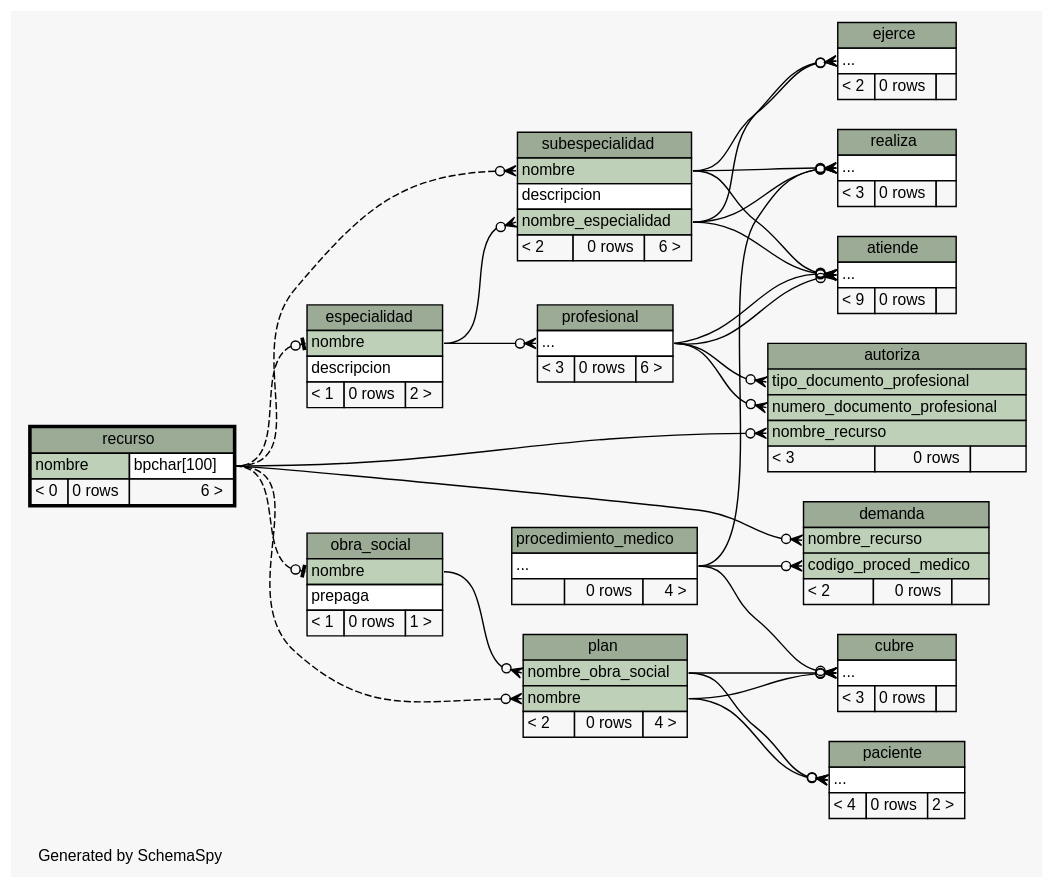
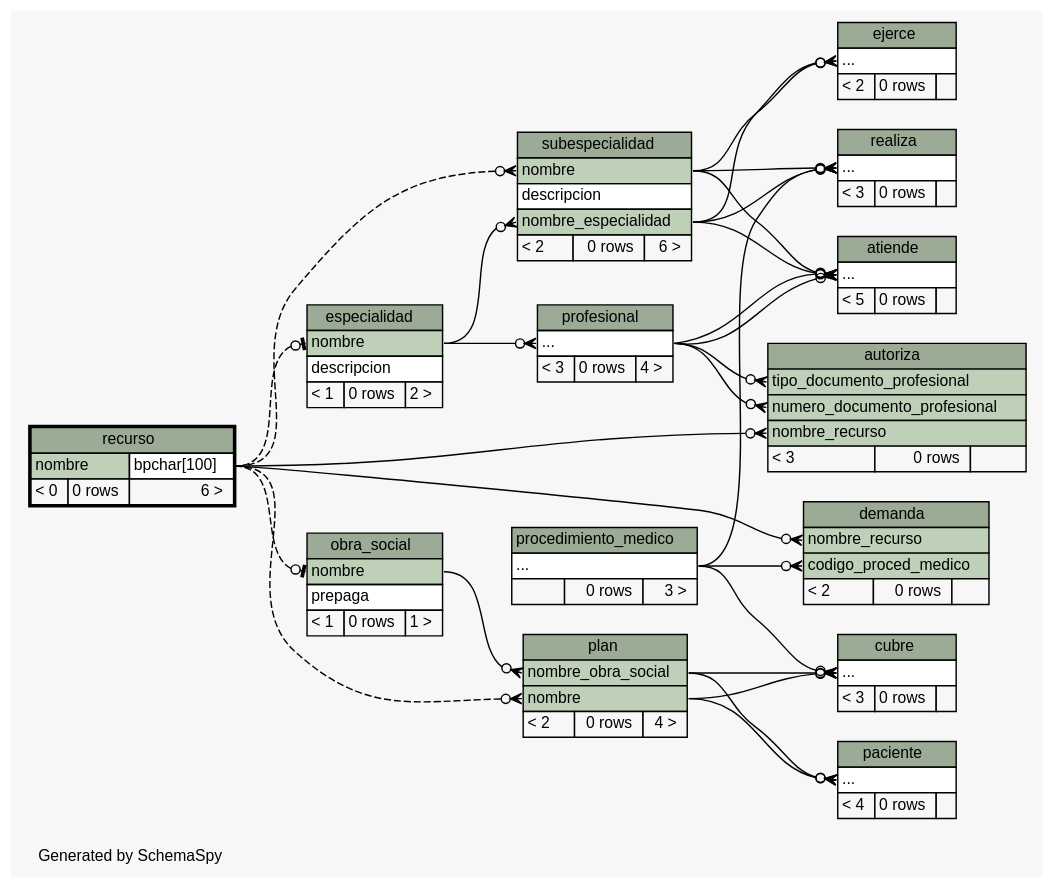
Before and after one commit to smpiano/bd-1cuat-2014-agenda-med: the diagram in tp1/build/schema/diagrams/recurso.implied2degrees.dot, drawn with Graphviz. The commit also changed 138 other files, not shown here.

```diff
--- a/tp1/build/schema/diagrams/recurso.implied2degrees.dot
+++ b/tp1/build/schema/diagrams/recurso.implied2degrees.dot
@@ -1,196 +1,196 @@
 // dot 2.26.3 on Linux 3.8.0-35-generic
 // SchemaSpy rev 590
 digraph "impliedTwoDegreesRelationshipsDiagram" {
   graph [
     rankdir="RL"
     bgcolor="#f7f7f7"
     label="\nGenerated by SchemaSpy"
     labeljust="l"
     nodesep="0.18"
     ranksep="0.46"
     fontname="Helvetica"
     fontsize="11"
   ];
   node [
     fontname="Helvetica"
     fontsize="11"
     shape="plaintext"
   ];
   edge [
     arrowsize="0.8"
   ];
   "atiende":"elipses":w -> "subespecialidad":"nombre_especialidad":e [arrowhead=none dir=back arrowtail=crowodot];
   "atiende":"elipses":w -> "subespecialidad":"nombre":e [arrowhead=none dir=back arrowtail=crowodot];
   "atiende":"elipses":w -> "profesional":"elipses":e [arrowhead=none dir=back arrowtail=crowodot];
   "atiende":"elipses":w -> "profesional":"elipses":e [arrowhead=none dir=back arrowtail=crowodot];
   "autoriza":"nombre_recurso":w -> "recurso":"nombre.type":e [arrowhead=none dir=back arrowtail=crowodot];
   "autoriza":"numero_documento_profesional":w -> "profesional":"elipses":e [arrowhead=none dir=back arrowtail=crowodot];
   "autoriza":"tipo_documento_profesional":w -> "profesional":"elipses":e [arrowhead=none dir=back arrowtail=crowodot];
   "cubre":"elipses":w -> "procedimiento_medico":"elipses":e [arrowhead=none dir=back arrowtail=crowodot];
   "cubre":"elipses":w -> "plan":"nombre":e [arrowhead=none dir=back arrowtail=crowodot];
   "cubre":"elipses":w -> "plan":"nombre_obra_social":e [arrowhead=none dir=back arrowtail=crowodot];
   "demanda":"codigo_proced_medico":w -> "procedimiento_medico":"elipses":e [arrowhead=none dir=back arrowtail=crowodot];
   "demanda":"nombre_recurso":w -> "recurso":"nombre.type":e [arrowhead=none dir=back arrowtail=crowodot];
   "ejerce":"elipses":w -> "subespecialidad":"nombre_especialidad":e [arrowhead=none dir=back arrowtail=crowodot];
   "ejerce":"elipses":w -> "subespecialidad":"nombre":e [arrowhead=none dir=back arrowtail=crowodot];
   "especialidad":"nombre":w -> "recurso":"nombre.type":e [arrowhead=none dir=back arrowtail=teeodot style=dashed];
   "obra_social":"nombre":w -> "recurso":"nombre.type":e [arrowhead=none dir=back arrowtail=teeodot style=dashed];
   "paciente":"elipses":w -> "plan":"nombre":e [arrowhead=none dir=back arrowtail=crowodot];
   "paciente":"elipses":w -> "plan":"nombre_obra_social":e [arrowhead=none dir=back arrowtail=crowodot];
   "plan":"nombre":w -> "recurso":"nombre.type":e [arrowhead=none dir=back arrowtail=crowodot style=dashed];
   "plan":"nombre_obra_social":w -> "obra_social":"nombre":e [arrowhead=none dir=back arrowtail=crowodot];
   "profesional":"elipses":w -> "especialidad":"nombre":e [arrowhead=none dir=back arrowtail=crowodot];
   "realiza":"elipses":w -> "procedimiento_medico":"elipses":e [arrowhead=none dir=back arrowtail=crowodot];
   "realiza":"elipses":w -> "subespecialidad":"nombre_especialidad":e [arrowhead=none dir=back arrowtail=crowodot];
   "realiza":"elipses":w -> "subespecialidad":"nombre":e [arrowhead=none dir=back arrowtail=crowodot];
   "subespecialidad":"nombre":w -> "recurso":"nombre.type":e [arrowhead=none dir=back arrowtail=crowodot style=dashed];
   "subespecialidad":"nombre_especialidad":w -> "especialidad":"nombre":e [arrowhead=none dir=back arrowtail=crowodot];
   "atiende" [
     label=<
     <TABLE BORDER="0" CELLBORDER="1" CELLSPACING="0" BGCOLOR="#ffffff">
       <TR><TD COLSPAN="3" BGCOLOR="#9bab96" ALIGN="CENTER">atiende</TD></TR>
       <TR><TD PORT="elipses" COLSPAN="3" ALIGN="LEFT">...</TD></TR>
-      <TR><TD ALIGN="LEFT" BGCOLOR="#f7f7f7">&lt; 9</TD><TD ALIGN="RIGHT" BGCOLOR="#f7f7f7">0 rows</TD><TD ALIGN="RIGHT" BGCOLOR="#f7f7f7">  </TD></TR>
+      <TR><TD ALIGN="LEFT" BGCOLOR="#f7f7f7">&lt; 5</TD><TD ALIGN="RIGHT" BGCOLOR="#f7f7f7">0 rows</TD><TD ALIGN="RIGHT" BGCOLOR="#f7f7f7">  </TD></TR>
     </TABLE>>
     URL="atiende.html"
     tooltip="atiende"
   ];
   "autoriza" [
     label=<
     <TABLE BORDER="0" CELLBORDER="1" CELLSPACING="0" BGCOLOR="#ffffff">
       <TR><TD COLSPAN="3" BGCOLOR="#9bab96" ALIGN="CENTER">autoriza</TD></TR>
       <TR><TD PORT="tipo_documento_profesional" COLSPAN="3" BGCOLOR="#bed1b8" ALIGN="LEFT">tipo_documento_profesional</TD></TR>
       <TR><TD PORT="numero_documento_profesional" COLSPAN="3" BGCOLOR="#bed1b8" ALIGN="LEFT">numero_documento_profesional</TD></TR>
       <TR><TD PORT="nombre_recurso" COLSPAN="3" BGCOLOR="#bed1b8" ALIGN="LEFT">nombre_recurso</TD></TR>
       <TR><TD ALIGN="LEFT" BGCOLOR="#f7f7f7">&lt; 3</TD><TD ALIGN="RIGHT" BGCOLOR="#f7f7f7">0 rows</TD><TD ALIGN="RIGHT" BGCOLOR="#f7f7f7">  </TD></TR>
     </TABLE>>
     URL="autoriza.html"
     tooltip="autoriza"
   ];
   "cubre" [
     label=<
     <TABLE BORDER="0" CELLBORDER="1" CELLSPACING="0" BGCOLOR="#ffffff">
       <TR><TD COLSPAN="3" BGCOLOR="#9bab96" ALIGN="CENTER">cubre</TD></TR>
       <TR><TD PORT="elipses" COLSPAN="3" ALIGN="LEFT">...</TD></TR>
       <TR><TD ALIGN="LEFT" BGCOLOR="#f7f7f7">&lt; 3</TD><TD ALIGN="RIGHT" BGCOLOR="#f7f7f7">0 rows</TD><TD ALIGN="RIGHT" BGCOLOR="#f7f7f7">  </TD></TR>
     </TABLE>>
     URL="cubre.html"
     tooltip="cubre"
   ];
   "demanda" [
     label=<
     <TABLE BORDER="0" CELLBORDER="1" CELLSPACING="0" BGCOLOR="#ffffff">
       <TR><TD COLSPAN="3" BGCOLOR="#9bab96" ALIGN="CENTER">demanda</TD></TR>
       <TR><TD PORT="nombre_recurso" COLSPAN="3" BGCOLOR="#bed1b8" ALIGN="LEFT">nombre_recurso</TD></TR>
       <TR><TD PORT="codigo_proced_medico" COLSPAN="3" BGCOLOR="#bed1b8" ALIGN="LEFT">codigo_proced_medico</TD></TR>
       <TR><TD ALIGN="LEFT" BGCOLOR="#f7f7f7">&lt; 2</TD><TD ALIGN="RIGHT" BGCOLOR="#f7f7f7">0 rows</TD><TD ALIGN="RIGHT" BGCOLOR="#f7f7f7">  </TD></TR>
     </TABLE>>
     URL="demanda.html"
     tooltip="demanda"
   ];
   "ejerce" [
     label=<
     <TABLE BORDER="0" CELLBORDER="1" CELLSPACING="0" BGCOLOR="#ffffff">
       <TR><TD COLSPAN="3" BGCOLOR="#9bab96" ALIGN="CENTER">ejerce</TD></TR>
       <TR><TD PORT="elipses" COLSPAN="3" ALIGN="LEFT">...</TD></TR>
       <TR><TD ALIGN="LEFT" BGCOLOR="#f7f7f7">&lt; 2</TD><TD ALIGN="RIGHT" BGCOLOR="#f7f7f7">0 rows</TD><TD ALIGN="RIGHT" BGCOLOR="#f7f7f7">  </TD></TR>
     </TABLE>>
     URL="ejerce.html"
     tooltip="ejerce"
   ];
   "especialidad" [
     label=<
     <TABLE BORDER="0" CELLBORDER="1" CELLSPACING="0" BGCOLOR="#ffffff">
       <TR><TD COLSPAN="3" BGCOLOR="#9bab96" ALIGN="CENTER">especialidad</TD></TR>
       <TR><TD PORT="nombre" COLSPAN="3" BGCOLOR="#bed1b8" ALIGN="LEFT">nombre</TD></TR>
       <TR><TD PORT="descripcion" COLSPAN="3" ALIGN="LEFT">descripcion</TD></TR>
       <TR><TD ALIGN="LEFT" BGCOLOR="#f7f7f7">&lt; 1</TD><TD ALIGN="RIGHT" BGCOLOR="#f7f7f7">0 rows</TD><TD ALIGN="RIGHT" BGCOLOR="#f7f7f7">2 &gt;</TD></TR>
     </TABLE>>
     URL="especialidad.html"
     tooltip="especialidad"
   ];
   "obra_social" [
     label=<
     <TABLE BORDER="0" CELLBORDER="1" CELLSPACING="0" BGCOLOR="#ffffff">
       <TR><TD COLSPAN="3" BGCOLOR="#9bab96" ALIGN="CENTER">obra_social</TD></TR>
       <TR><TD PORT="nombre" COLSPAN="3" BGCOLOR="#bed1b8" ALIGN="LEFT">nombre</TD></TR>
       <TR><TD PORT="prepaga" COLSPAN="3" ALIGN="LEFT">prepaga</TD></TR>
       <TR><TD ALIGN="LEFT" BGCOLOR="#f7f7f7">&lt; 1</TD><TD ALIGN="RIGHT" BGCOLOR="#f7f7f7">0 rows</TD><TD ALIGN="RIGHT" BGCOLOR="#f7f7f7">1 &gt;</TD></TR>
     </TABLE>>
     URL="obra_social.html"
     tooltip="obra_social"
   ];
   "paciente" [
     label=<
     <TABLE BORDER="0" CELLBORDER="1" CELLSPACING="0" BGCOLOR="#ffffff">
       <TR><TD COLSPAN="3" BGCOLOR="#9bab96" ALIGN="CENTER">paciente</TD></TR>
       <TR><TD PORT="elipses" COLSPAN="3" ALIGN="LEFT">...</TD></TR>
-      <TR><TD ALIGN="LEFT" BGCOLOR="#f7f7f7">&lt; 4</TD><TD ALIGN="RIGHT" BGCOLOR="#f7f7f7">0 rows</TD><TD ALIGN="RIGHT" BGCOLOR="#f7f7f7">2 &gt;</TD></TR>
+      <TR><TD ALIGN="LEFT" BGCOLOR="#f7f7f7">&lt; 4</TD><TD ALIGN="RIGHT" BGCOLOR="#f7f7f7">0 rows</TD><TD ALIGN="RIGHT" BGCOLOR="#f7f7f7">  </TD></TR>
     </TABLE>>
     URL="paciente.html"
     tooltip="paciente"
   ];
   "plan" [
     label=<
     <TABLE BORDER="0" CELLBORDER="1" CELLSPACING="0" BGCOLOR="#ffffff">
       <TR><TD COLSPAN="3" BGCOLOR="#9bab96" ALIGN="CENTER">plan</TD></TR>
       <TR><TD PORT="nombre_obra_social" COLSPAN="3" BGCOLOR="#bed1b8" ALIGN="LEFT">nombre_obra_social</TD></TR>
       <TR><TD PORT="nombre" COLSPAN="3" BGCOLOR="#bed1b8" ALIGN="LEFT">nombre</TD></TR>
       <TR><TD ALIGN="LEFT" BGCOLOR="#f7f7f7">&lt; 2</TD><TD ALIGN="RIGHT" BGCOLOR="#f7f7f7">0 rows</TD><TD ALIGN="RIGHT" BGCOLOR="#f7f7f7">4 &gt;</TD></TR>
     </TABLE>>
     URL="plan.html"
     tooltip="plan"
   ];
   "procedimiento_medico" [
     label=<
     <TABLE BORDER="0" CELLBORDER="1" CELLSPACING="0" BGCOLOR="#ffffff">
       <TR><TD COLSPAN="3" BGCOLOR="#9bab96" ALIGN="CENTER">procedimiento_medico</TD></TR>
       <TR><TD PORT="elipses" COLSPAN="3" ALIGN="LEFT">...</TD></TR>
-      <TR><TD ALIGN="LEFT" BGCOLOR="#f7f7f7">  </TD><TD ALIGN="RIGHT" BGCOLOR="#f7f7f7">0 rows</TD><TD ALIGN="RIGHT" BGCOLOR="#f7f7f7">4 &gt;</TD></TR>
+      <TR><TD ALIGN="LEFT" BGCOLOR="#f7f7f7">  </TD><TD ALIGN="RIGHT" BGCOLOR="#f7f7f7">0 rows</TD><TD ALIGN="RIGHT" BGCOLOR="#f7f7f7">3 &gt;</TD></TR>
     </TABLE>>
     URL="procedimiento_medico.html"
     tooltip="procedimiento_medico"
   ];
   "profesional" [
     label=<
     <TABLE BORDER="0" CELLBORDER="1" CELLSPACING="0" BGCOLOR="#ffffff">
       <TR><TD COLSPAN="3" BGCOLOR="#9bab96" ALIGN="CENTER">profesional</TD></TR>
       <TR><TD PORT="elipses" COLSPAN="3" ALIGN="LEFT">...</TD></TR>
-      <TR><TD ALIGN="LEFT" BGCOLOR="#f7f7f7">&lt; 3</TD><TD ALIGN="RIGHT" BGCOLOR="#f7f7f7">0 rows</TD><TD ALIGN="RIGHT" BGCOLOR="#f7f7f7">6 &gt;</TD></TR>
+      <TR><TD ALIGN="LEFT" BGCOLOR="#f7f7f7">&lt; 3</TD><TD ALIGN="RIGHT" BGCOLOR="#f7f7f7">0 rows</TD><TD ALIGN="RIGHT" BGCOLOR="#f7f7f7">4 &gt;</TD></TR>
     </TABLE>>
     URL="profesional.html"
     tooltip="profesional"
   ];
   "realiza" [
     label=<
     <TABLE BORDER="0" CELLBORDER="1" CELLSPACING="0" BGCOLOR="#ffffff">
       <TR><TD COLSPAN="3" BGCOLOR="#9bab96" ALIGN="CENTER">realiza</TD></TR>
       <TR><TD PORT="elipses" COLSPAN="3" ALIGN="LEFT">...</TD></TR>
       <TR><TD ALIGN="LEFT" BGCOLOR="#f7f7f7">&lt; 3</TD><TD ALIGN="RIGHT" BGCOLOR="#f7f7f7">0 rows</TD><TD ALIGN="RIGHT" BGCOLOR="#f7f7f7">  </TD></TR>
     </TABLE>>
     URL="realiza.html"
     tooltip="realiza"
   ];
   "recurso" [
     label=<
     <TABLE BORDER="2" CELLBORDER="1" CELLSPACING="0" BGCOLOR="#ffffff">
       <TR><TD COLSPAN="3" BGCOLOR="#9bab96" ALIGN="CENTER">recurso</TD></TR>
       <TR><TD PORT="nombre" COLSPAN="2" BGCOLOR="#bed1b8" ALIGN="LEFT">nombre</TD><TD PORT="nombre.type" ALIGN="LEFT">bpchar[100]</TD></TR>
       <TR><TD ALIGN="LEFT" BGCOLOR="#f7f7f7">&lt; 0</TD><TD ALIGN="RIGHT" BGCOLOR="#f7f7f7">0 rows</TD><TD ALIGN="RIGHT" BGCOLOR="#f7f7f7">6 &gt;</TD></TR>
     </TABLE>>
     URL="recurso.html"
     tooltip="recurso"
   ];
   "subespecialidad" [
     label=<
     <TABLE BORDER="0" CELLBORDER="1" CELLSPACING="0" BGCOLOR="#ffffff">
       <TR><TD COLSPAN="3" BGCOLOR="#9bab96" ALIGN="CENTER">subespecialidad</TD></TR>
       <TR><TD PORT="nombre" COLSPAN="3" BGCOLOR="#bed1b8" ALIGN="LEFT">nombre</TD></TR>
       <TR><TD PORT="descripcion" COLSPAN="3" ALIGN="LEFT">descripcion</TD></TR>
       <TR><TD PORT="nombre_especialidad" COLSPAN="3" BGCOLOR="#bed1b8" ALIGN="LEFT">nombre_especialidad</TD></TR>
       <TR><TD ALIGN="LEFT" BGCOLOR="#f7f7f7">&lt; 2</TD><TD ALIGN="RIGHT" BGCOLOR="#f7f7f7">0 rows</TD><TD ALIGN="RIGHT" BGCOLOR="#f7f7f7">6 &gt;</TD></TR>
     </TABLE>>
     URL="subespecialidad.html"
     tooltip="subespecialidad"
   ];
 }
```
